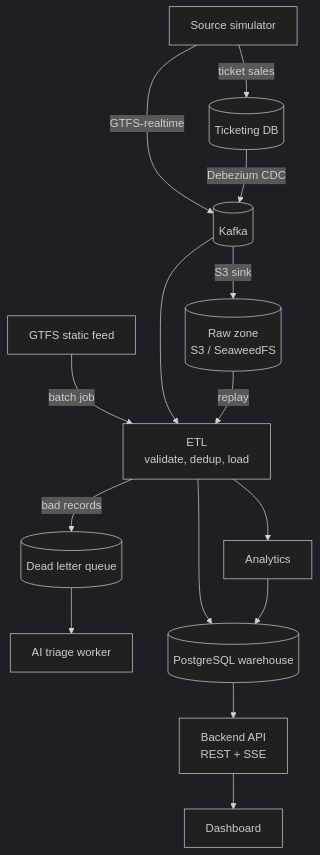
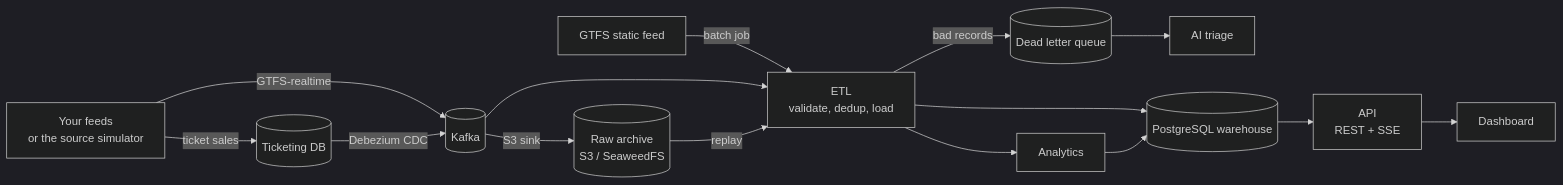
One commit to ninggiangboy/public-transport-intelligence changed the diagram in README.md. Above: the diagram before and after it, drawn with Mermaid (dark theme). The commit also changed other lines of this file, not shown here.

````diff
--- a/README.md
+++ b/README.md
@@ -30,17 +149,17 @@
 ```mermaid
-flowchart TD
-    SIM[Source simulator] -->|GTFS-realtime| K[(Kafka)]
+flowchart LR
+    SIM[Your feeds<br/>or the source simulator] -->|GTFS-realtime| K[(Kafka)]
     SIM -->|ticket sales| TDB[(Ticketing DB)]
     TDB -->|Debezium CDC| K
     GTFS[GTFS static feed] -->|batch job| ETL
-    K -->|S3 sink| RAW[(Raw zone<br/>S3 / SeaweedFS)]
+    K -->|S3 sink| RAW[(Raw archive<br/>S3 / SeaweedFS)]
     K --> ETL[ETL<br/>validate, dedup, load]
     RAW -->|replay| ETL
     ETL -->|bad records| DLQ[(Dead letter queue)]
-    DLQ --> TRIAGE[AI triage worker]
+    DLQ --> TRIAGE[AI triage]
     ETL --> WH[(PostgreSQL warehouse)]
     ETL --> AN[Analytics]
     AN --> WH
-    WH --> API[Backend API<br/>REST + SSE]
+    WH --> API[API<br/>REST + SSE]
     API --> UI[Dashboard]
 ```
````
